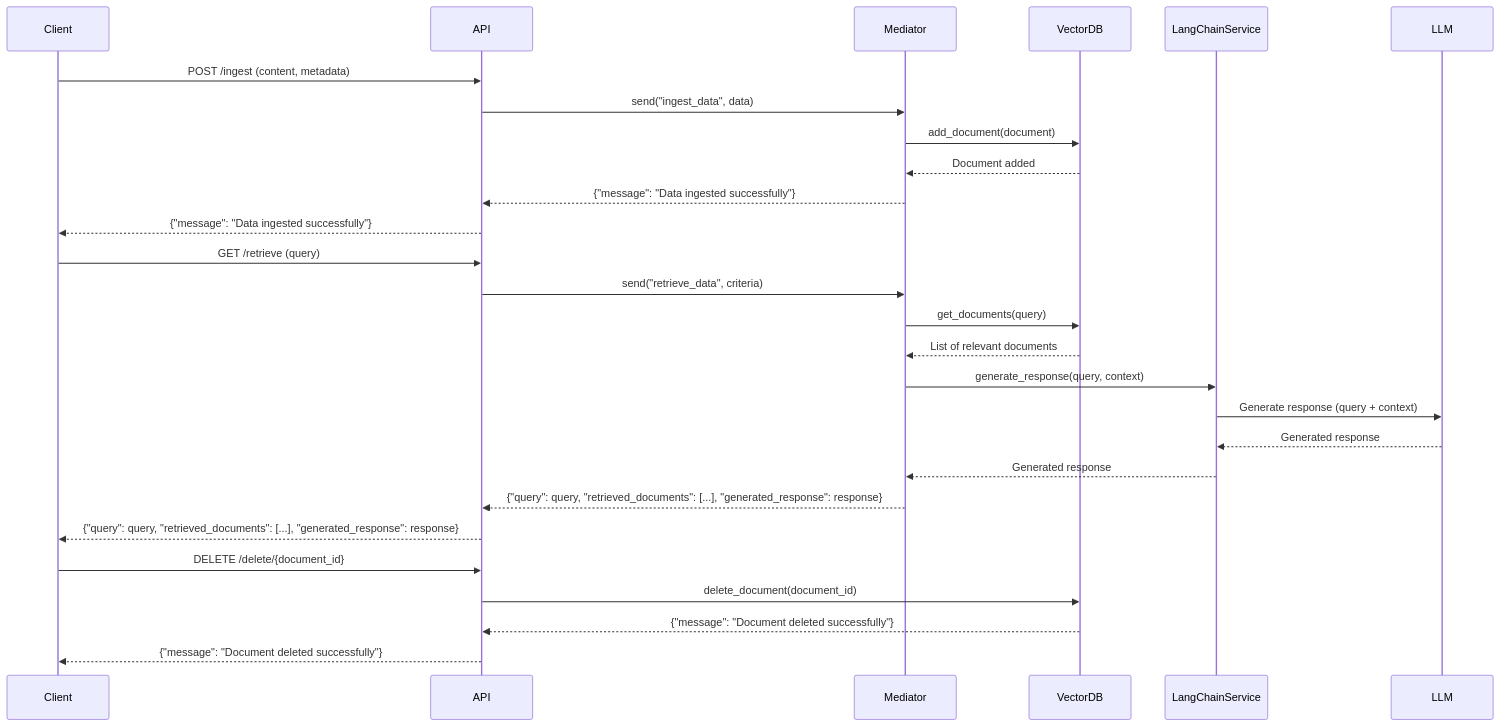
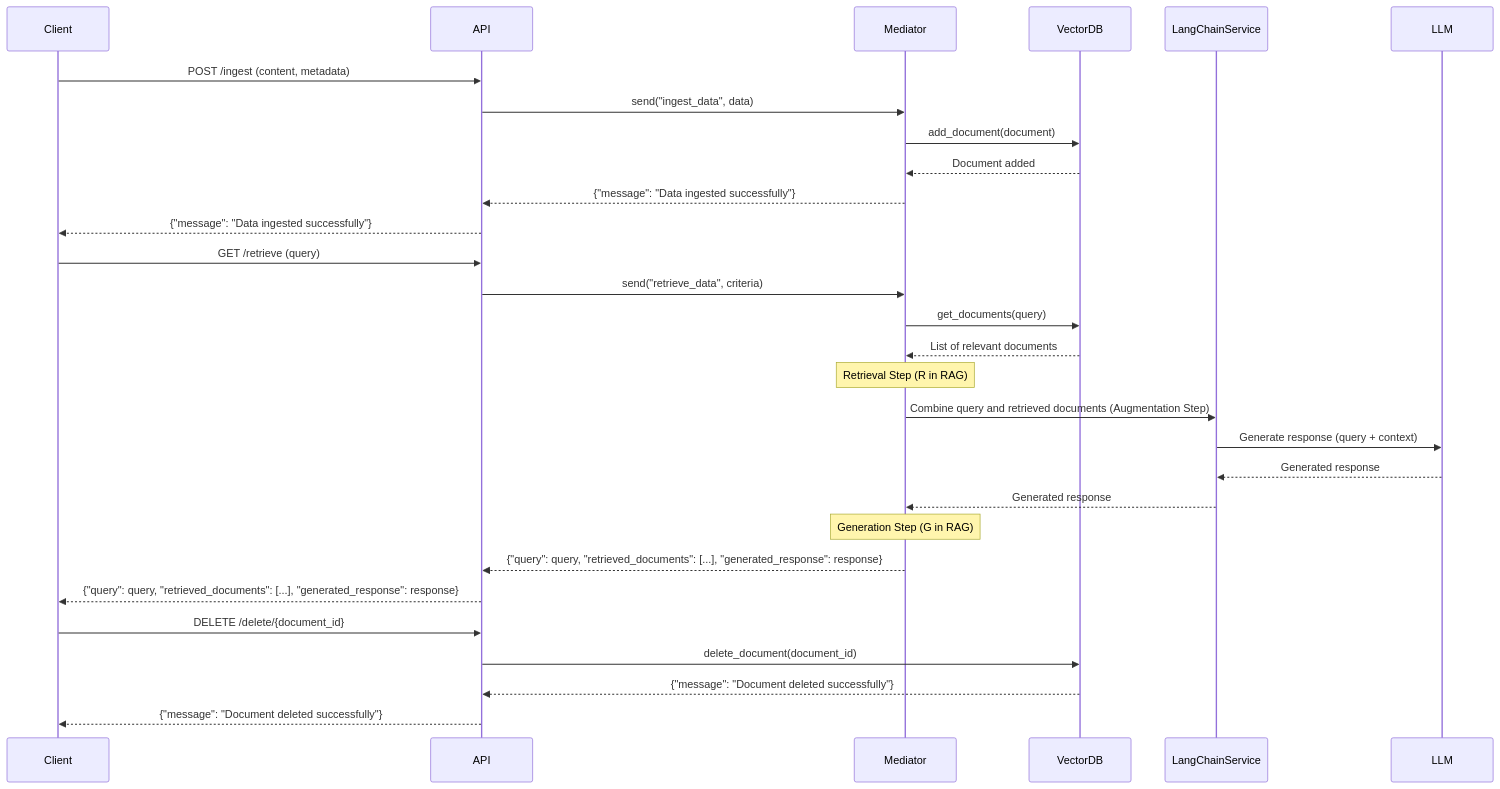
Before and after one commit to jeff-gitcode/langchain-rag-system: the diagram in README.md, drawn with Mermaid.

````diff
--- a/README.md
+++ b/README.md
@@ -6,32 +6,34 @@
 ```mermaid
 sequenceDiagram
     participant Client
     participant API
     participant Mediator
     participant VectorDB
     participant LangChainService
     participant LLM
 
     Client->>API: POST /ingest (content, metadata)
     API->>Mediator: send("ingest_data", data)
     Mediator->>VectorDB: add_document(document)
     VectorDB-->>Mediator: Document added
     Mediator-->>API: {"message": "Data ingested successfully"}
     API-->>Client: {"message": "Data ingested successfully"}
 
     Client->>API: GET /retrieve (query)
     API->>Mediator: send("retrieve_data", criteria)
     Mediator->>VectorDB: get_documents(query)
     VectorDB-->>Mediator: List of relevant documents
-    Mediator->>LangChainService: generate_response(query, context)
+    Note over Mediator: Retrieval Step (R in RAG)
+    Mediator->>LangChainService: Combine query and retrieved documents (Augmentation Step)
     LangChainService->>LLM: Generate response (query + context)
     LLM-->>LangChainService: Generated response
     LangChainService-->>Mediator: Generated response
+    Note over Mediator: Generation Step (G in RAG)
     Mediator-->>API: {"query": query, "retrieved_documents": [...], "generated_response": response}
     API-->>Client: {"query": query, "retrieved_documents": [...], "generated_response": response}
 
     Client->>API: DELETE /delete/{document_id}
     API->>VectorDB: delete_document(document_id)
     VectorDB-->>API: {"message": "Document deleted successfully"}
     API-->>Client: {"message": "Document deleted successfully"}
 ```
````
